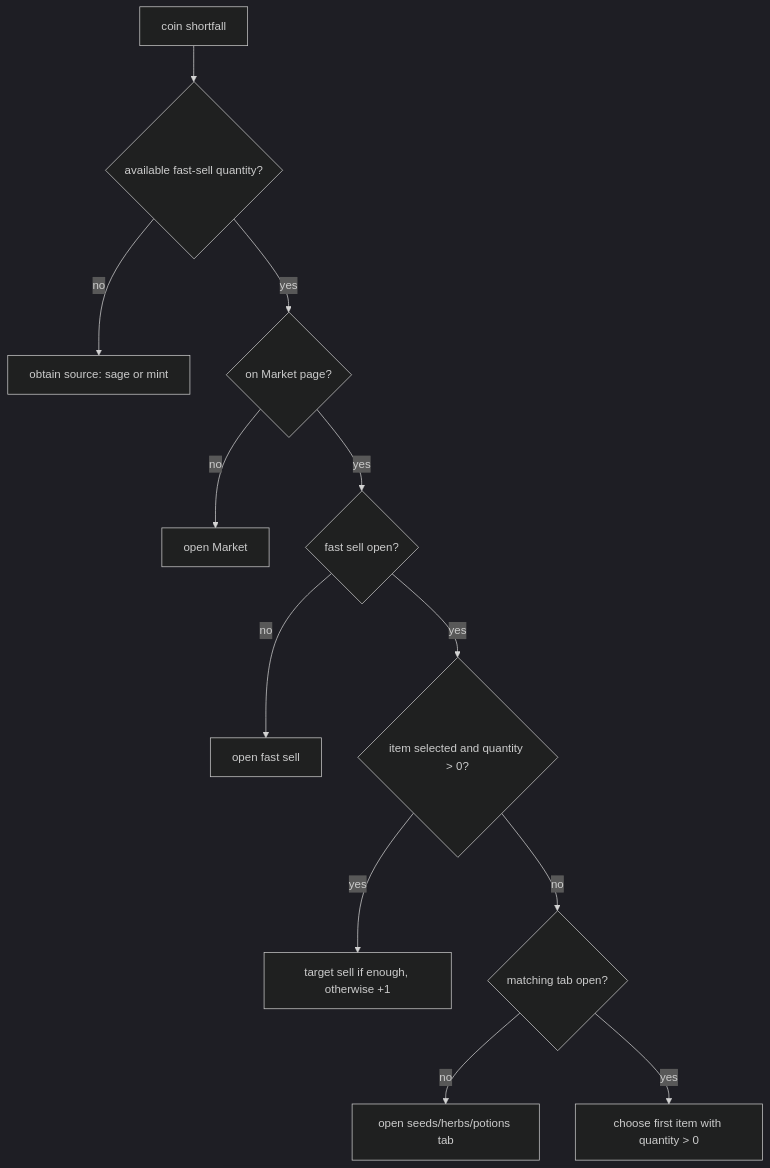
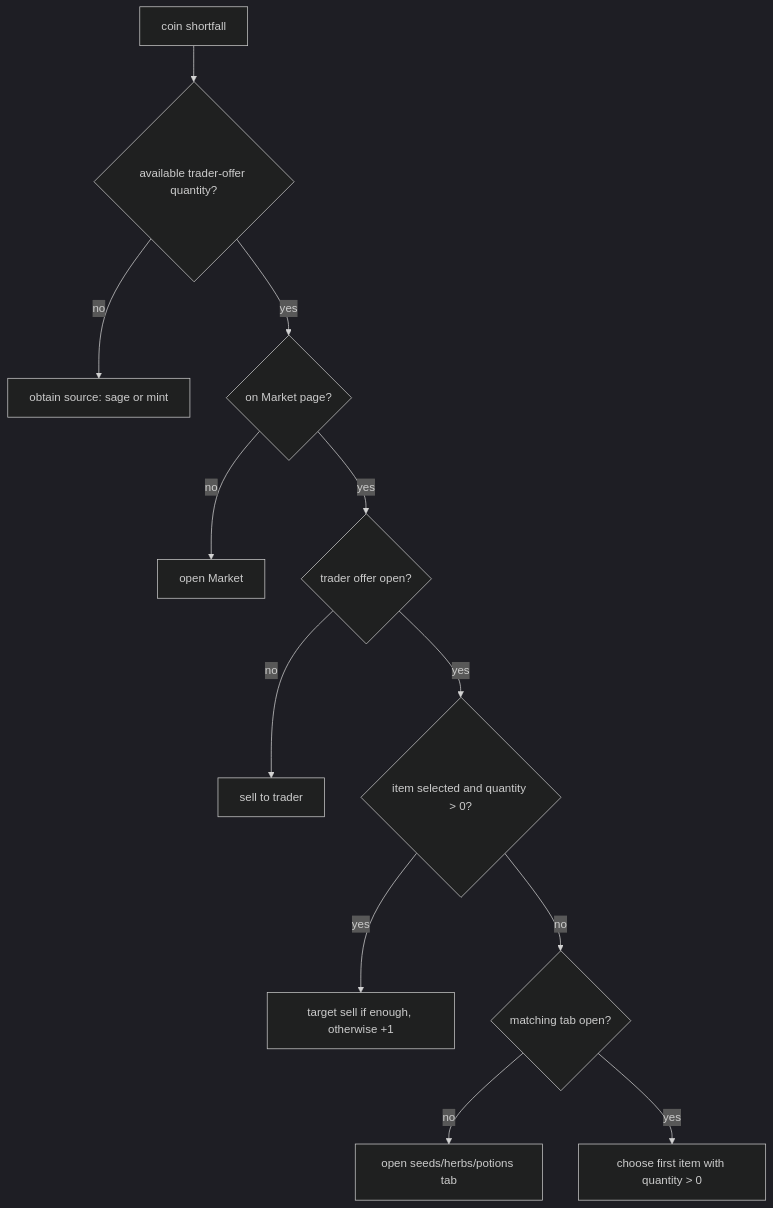
The diagram in docs/obsidian/tutorial/03 Branches/Coin Shortfall Branch.md (DavStep/idle-wizard), drawn with Mermaid (dark theme) before and after one commit. The commit also changed other lines of this file and 138 other files, not shown here.

````diff
--- a/docs/obsidian/tutorial/03 Branches/Coin Shortfall Branch.md
+++ b/docs/obsidian/tutorial/03 Branches/Coin Shortfall Branch.md
@@ -17,14 +17,14 @@
 ```mermaid
 flowchart TD
-  A["coin shortfall"] --> B{"available fast-sell quantity?"}
+  A["coin shortfall"] --> B{"available trader-offer quantity?"}
   B -->|"no"| C["obtain source: sage or mint"]
   B -->|"yes"| D{"on Market page?"}
   D -->|"no"| E["open Market"]
-  D -->|"yes"| F{"fast sell open?"}
-  F -->|"no"| G["open fast sell"]
+  D -->|"yes"| F{"trader offer open?"}
+  F -->|"no"| G["sell to trader"]
   F -->|"yes"| H{"item selected and quantity > 0?"}
   H -->|"yes"| I["target sell if enough, otherwise +1"]
   H -->|"no"| J{"matching tab open?"}
   J -->|"no"| K["open seeds/herbs/potions tab"]
   J -->|"yes"| L["choose first item with quantity > 0"]
 ```
````
